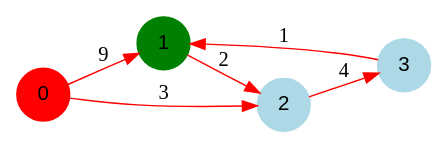
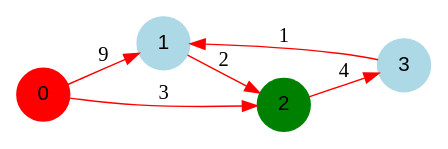
One commit to benech17/Shortest-Path changed the diagram in programme1/output/dotFiles/graph2/graph2_1.dot. Above: the diagram before and after it, drawn with Graphviz. The commit also changed 37 other files, not shown here.

```diff
--- a/programme1/output/dotFiles/graph2/graph2_1.dot
+++ b/programme1/output/dotFiles/graph2/graph2_1.dot
@@ -1,13 +1,13 @@
 digraph graphe {
 rankdir = LR;
 edge [color=red];
 0 [fontname="Arial", shape = circle, color=red, style=filled];
-1 [fontname="Arial", shape = circle, color=green, style=filled];
-2 [fontname="Arial", shape = circle, color=lightblue, style=filled];
+1 [fontname="Arial", shape = circle, color=lightblue, style=filled];
+2 [fontname="Arial", shape = circle, color=green, style=filled];
 3 [fontname="Arial", shape = circle, color=lightblue, style=filled];
 	0 -> 1 [label = "9"];
 	0 -> 2 [label = "3"];
 	1 -> 2 [label = "2"];
 	2 -> 3 [label = "4"];
 	3 -> 1 [label = "1"];
 }
```
